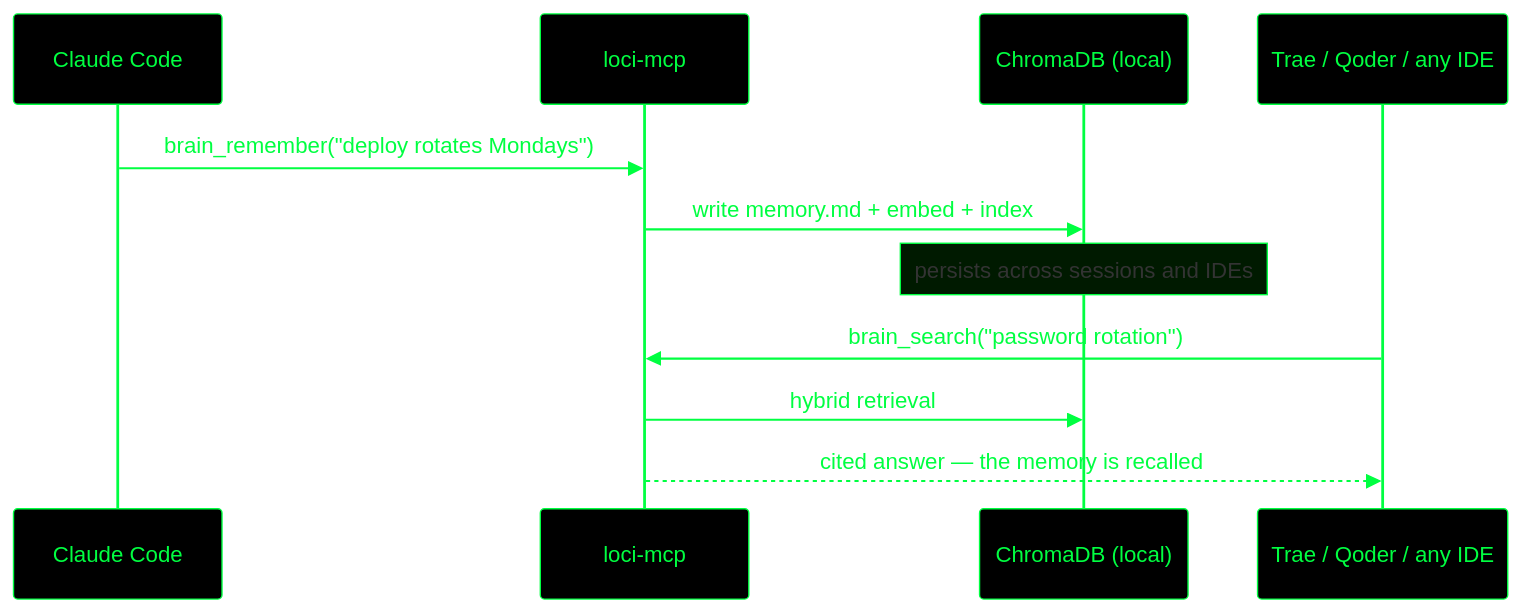
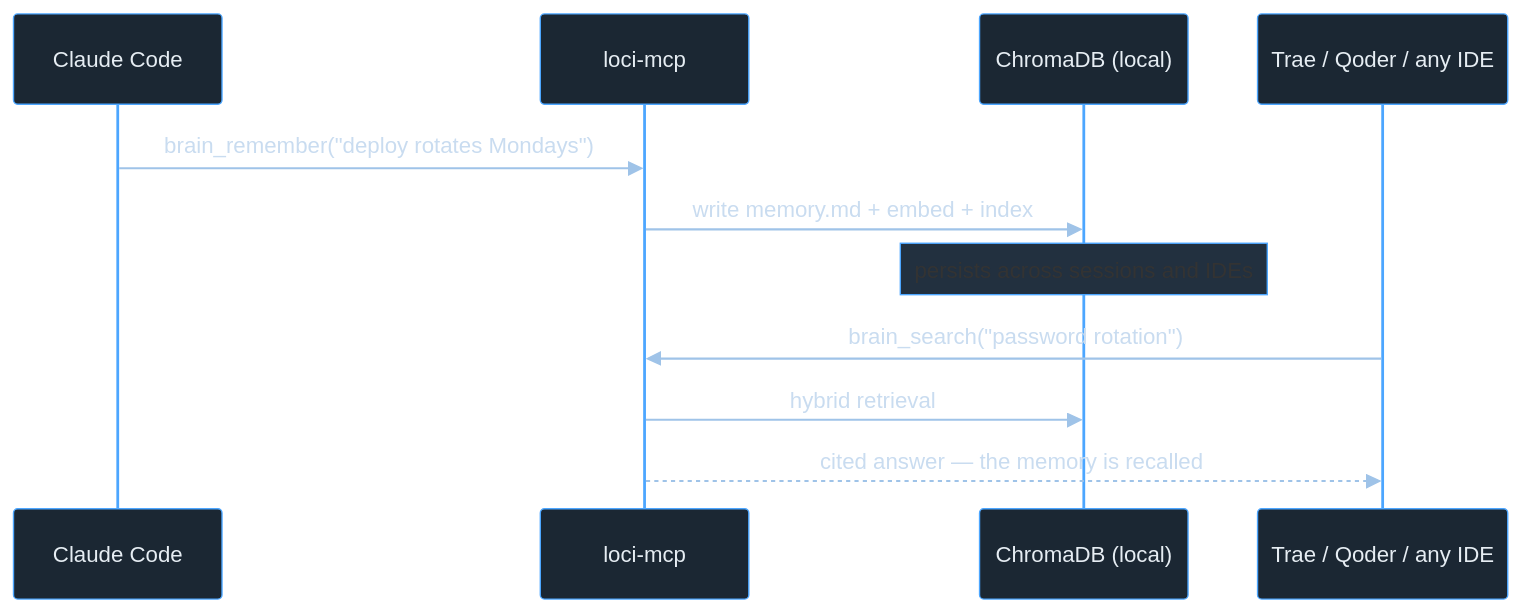
One commit to IvenKooLab/loci changed the third of 3 diagrams in README.md. Above: the diagram before and after it, drawn with Mermaid. The commit also changed other lines of this file, not shown here.

Commit message:
docs: switch diagrams to graphite-blue professional theme

````diff
--- a/README.md
+++ b/README.md
@@ -241,14 +241,14 @@
 ```mermaid
-%%{init: {'theme':'base','themeVariables':{'background':'#000000','primaryColor':'#000000','primaryTextColor':'#00FF41','primaryBorderColor':'#00FF41','lineColor':'#00FF41','actorBkg':'#000000','actorBorder':'#00FF41','actorTextColor':'#00FF41','signalColor':'#00FF41','signalTextColor':'#00FF41','noteBkgColor':'#001a00','noteBorderColor':'#00FF41','activationBkgColor':'#001a00','edgeLabelBackground':'#000000','fontSize':'15px','fontFamily':'Consolas, monospace'},'themeCSS':'.messageText { fill: #00FF41 !important; } .actor { fill: #000 !important; stroke: #00FF41 !important; } text.actor { fill: #00FF41 !important; }'}}%%
+%%{init: {'theme':'base','themeVariables':{'background':'transparent','primaryColor':'#1B2733','primaryTextColor':'#E6EDF3','primaryBorderColor':'#4CA6FF','lineColor':'#4CA6FF','actorBkg':'#1B2733','actorBorder':'#4CA6FF','actorTextColor':'#E6EDF3','signalColor':'#9FC3E8','signalTextColor':'#C9DCF0','noteBkgColor':'#22303F','noteBorderColor':'#4CA6FF','activationBkgColor':'#22303F','edgeLabelBackground':'#161F29','fontSize':'15px','fontFamily':'ui-sans-serif, system-ui, sans-serif'},'themeCSS':'.messageText { fill: #C9DCF0 !important; } text.actor { fill: #E6EDF3 !important; }'}}%%
 sequenceDiagram
     participant CC as Claude Code
     participant L as loci-mcp
     participant S as ChromaDB (local)
     participant T as Trae / Qoder / any IDE
     CC->>L: brain_remember("deploy rotates Mondays")
     L->>S: write memory.md + embed + index
     Note over S: persists across sessions and IDEs
     T->>L: brain_search("password rotation")
     L->>S: hybrid retrieval
     L-->>T: cited answer — the memory is recalled
 ```
````
